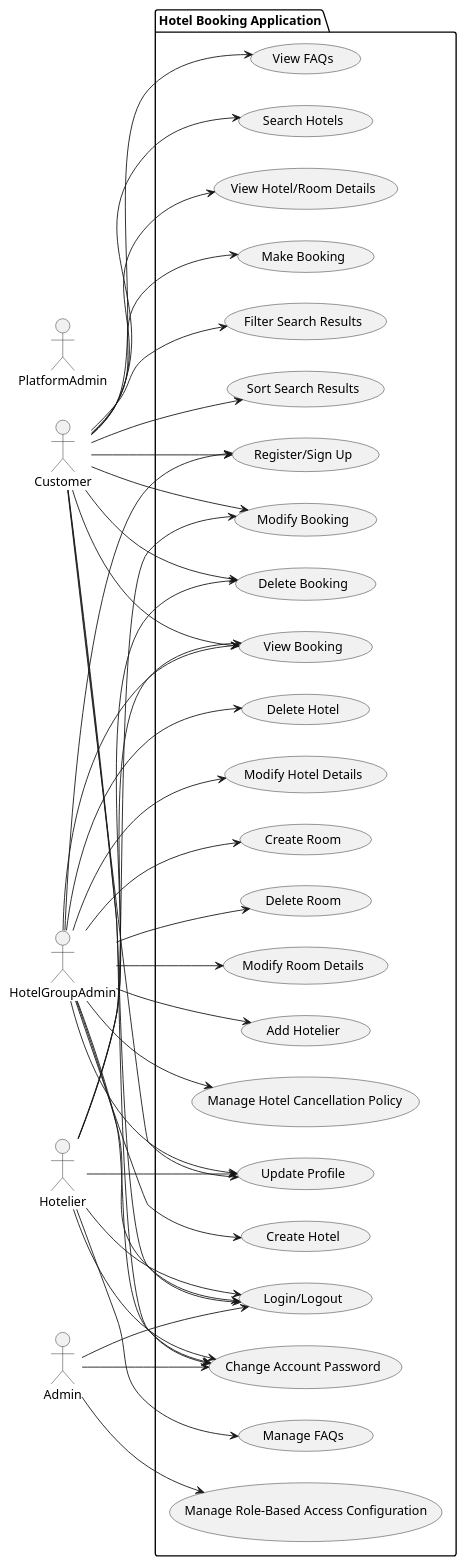
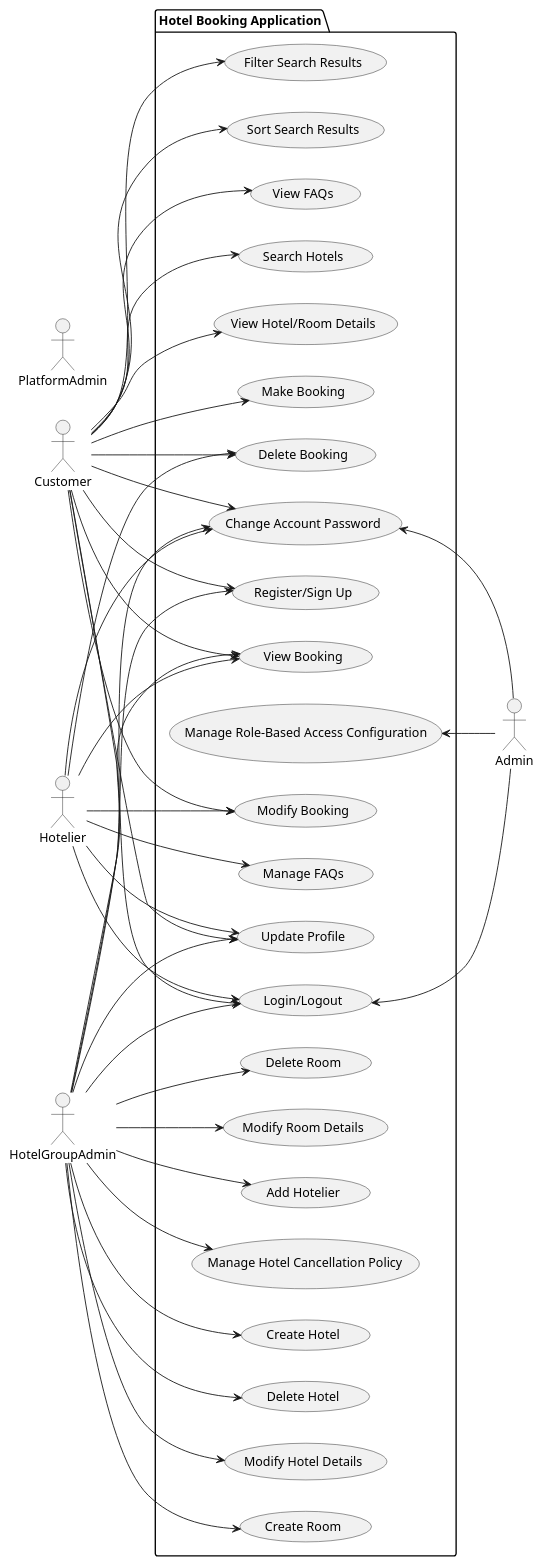
The diagram in documentation/part1/UseCase.puml (navdeepbeniwal16/Hotel-Booking-Management-System), drawn with PlantUML before and after one commit.

Commit message:
put admin on RHS in use case diagram

```diff
--- a/documentation/part1/UseCase.puml
+++ b/documentation/part1/UseCase.puml
@@ -1,75 +1,75 @@
 @startuml
 
 left to right direction
 
 actor Customer
 actor HotelGroupAdmin
 
 actor Hotelier
 actor PlatformAdmin
 
 package "Hotel Booking Application" {
     usecase "Login/Logout" as LoginLogout
     usecase "Register/Sign Up" as Register
     usecase "Search Hotels" as SearchHotels
     usecase "View Hotel/Room Details" as ViewHotelAndRoomDetails
     usecase "Make Booking" as MakeBooking
     usecase "Modify Booking" as ModifyBooking
     usecase "Delete Booking" as DeleteBooking
     usecase "View Booking" as ViewBooking
     usecase "Create Hotel" as CreateHotel
     usecase "Delete Hotel" as DeleteHotel
     usecase "Modify Hotel Details" as ModifyHotelDetails
     usecase "Create Room" as CreateRoom
     usecase "Delete Room" as DeleteRoom
     usecase "Modify Room Details" as ModifyRoomDetails
     usecase "Add Hotelier" as AddHotelier
     usecase "Manage Role-Based Access Configuration" as ManageRoleBasedAccessConfiguration
     usecase "Update Profile" as UpdateProfile
     usecase "Change Account Password" as ChangeAccountPassword
     usecase "Filter Search Results" as FilterSearchResults
     usecase "Sort Search Results" as SortSearchResults
     usecase "Manage Hotel Cancellation Policy" as ManageHotelCancellationPolicy
     usecase "View FAQs" as ViewFAQs
     usecase "Manage FAQs" as ManageFAQs
 }
 
-Admin --> LoginLogout
-Admin --> ManageRoleBasedAccessConfiguration
-Admin --> ChangeAccountPassword
+LoginLogout <-- Admin
+ManageRoleBasedAccessConfiguration <-- Admin
+ChangeAccountPassword <-- Admin
 HotelGroupAdmin --> LoginLogout
 HotelGroupAdmin --> Register
 HotelGroupAdmin --> ViewBooking
 HotelGroupAdmin --> CreateHotel
 HotelGroupAdmin --> ModifyHotelDetails
 HotelGroupAdmin --> DeleteHotel
 HotelGroupAdmin --> CreateRoom
 HotelGroupAdmin --> ModifyRoomDetails
 HotelGroupAdmin --> DeleteRoom
 HotelGroupAdmin --> AddHotelier
 HotelGroupAdmin --> UpdateProfile
 HotelGroupAdmin --> ChangeAccountPassword
 HotelGroupAdmin --> ManageHotelCancellationPolicy
 Hotelier --> LoginLogout
 Hotelier --> ModifyBooking
 Hotelier --> DeleteBooking
 Hotelier --> ViewBooking
 Hotelier --> UpdateProfile
 Hotelier --> ChangeAccountPassword
 Hotelier --> ManageFAQs
 Customer --> LoginLogout
 Customer --> Register
 Customer --> SearchHotels
 Customer --> ViewHotelAndRoomDetails
 Customer --> MakeBooking
 Customer --> ModifyBooking
 Customer --> DeleteBooking
 Customer --> ViewBooking
 Customer --> UpdateProfile
 Customer --> ChangeAccountPassword
 Customer --> FilterSearchResults
 Customer --> SortSearchResults
 Customer --> ViewFAQs
 
 
 @enduml
```
